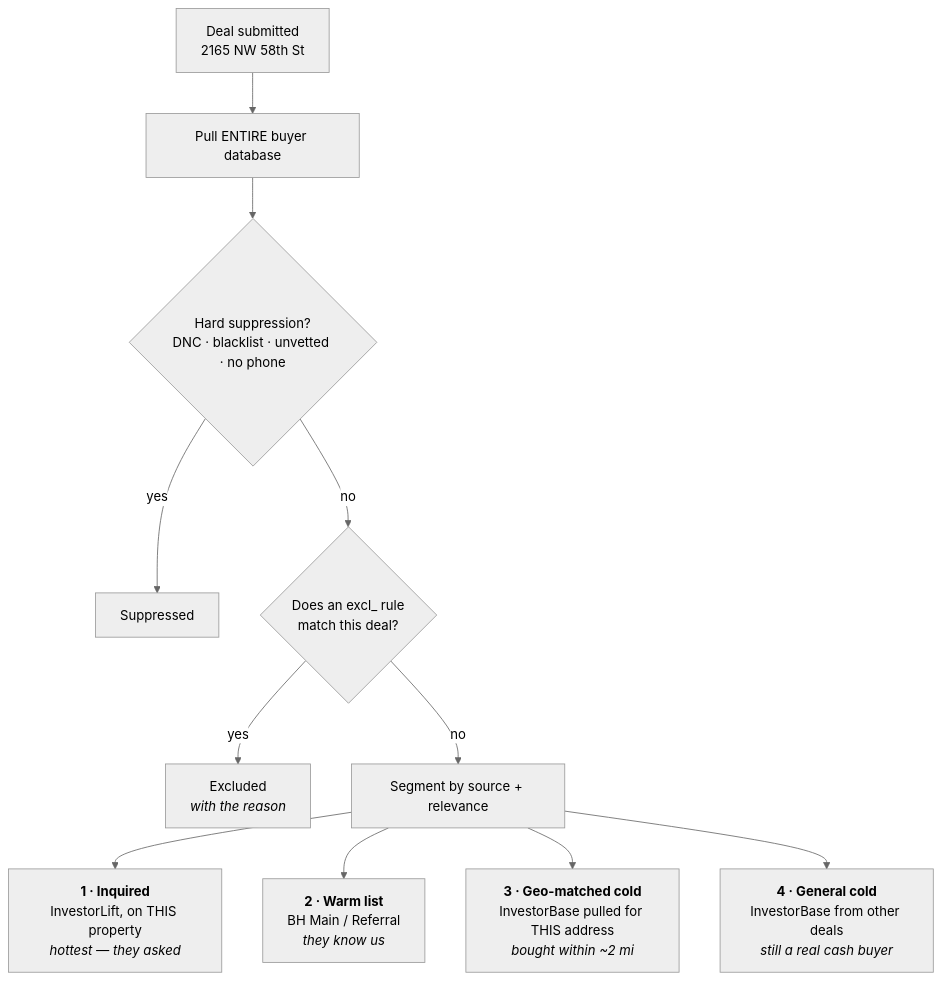
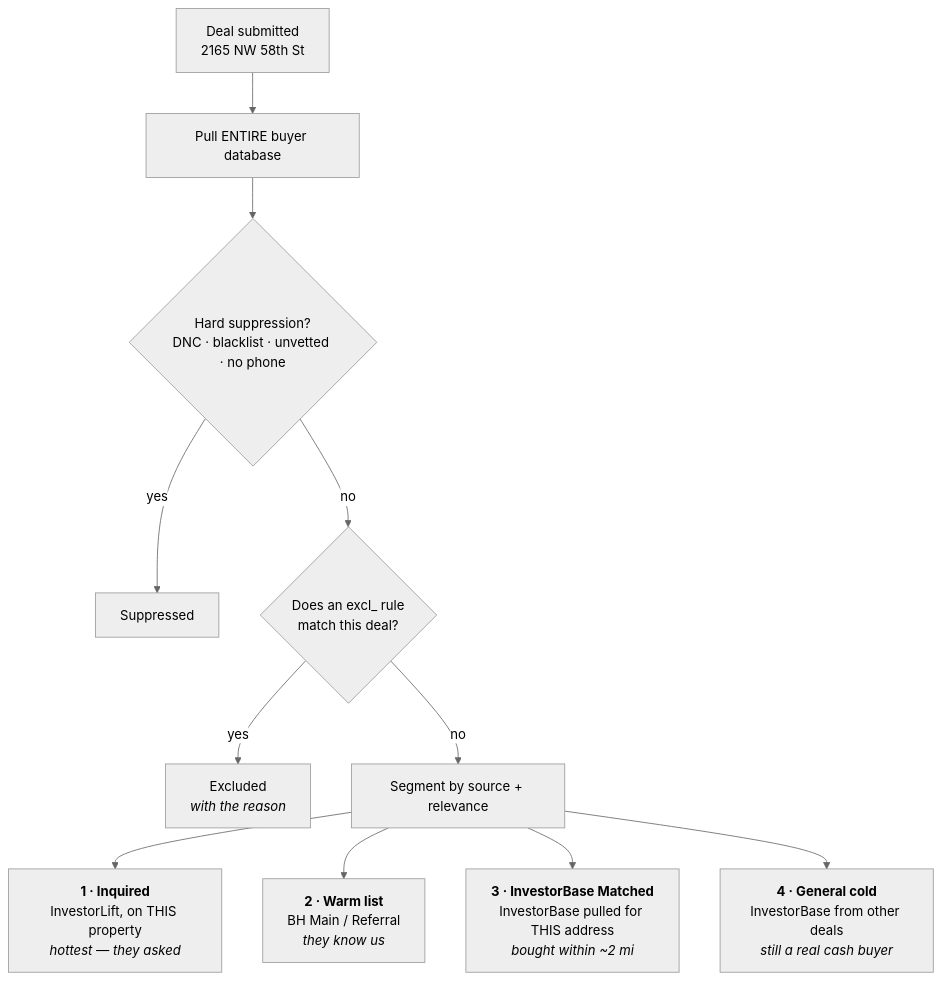
One commit to jfeelio/buying-hero-bot changed the third of 5 diagrams in dispo-machine/ARCHITECTURE.md. Above: the diagram before and after it, drawn with Mermaid (neutral theme). The commit also changed other lines of this file and 24 other files, not shown here.

````diff
--- a/dispo-machine/ARCHITECTURE.md
+++ b/dispo-machine/ARCHITECTURE.md
@@ -122,14 +122,14 @@
 ```mermaid
 flowchart TD
   DEAL["Deal submitted<br/>2165 NW 58th St"] --> POOL["Pull ENTIRE buyer database"]
   POOL --> SUP{"Hard suppression?<br/>DNC · blacklist · unvetted · no phone"}
   SUP -->|yes| DROP1["Suppressed"]
   SUP -->|no| EXCL{"Does an excl_ rule<br/>match this deal?"}
   EXCL -->|yes| DROP2["Excluded<br/><i>with the reason</i>"]
   EXCL -->|no| SEG["Segment by source + relevance"]
 
   SEG --> S1["<b>1 · Inquired</b><br/>InvestorLift, on THIS property<br/><i>hottest — they asked</i>"]
   SEG --> S2["<b>2 · Warm list</b><br/>BH Main / Referral<br/><i>they know us</i>"]
-  SEG --> S3["<b>3 · Geo-matched cold</b><br/>InvestorBase pulled for THIS address<br/><i>bought within ~2 mi</i>"]
+  SEG --> S3["<b>3 · InvestorBase Matched</b><br/>InvestorBase pulled for THIS address<br/><i>bought within ~2 mi</i>"]
   SEG --> S4["<b>4 · General cold</b><br/>InvestorBase from other deals<br/><i>still a real cash buyer</i>"]
 ```
````
